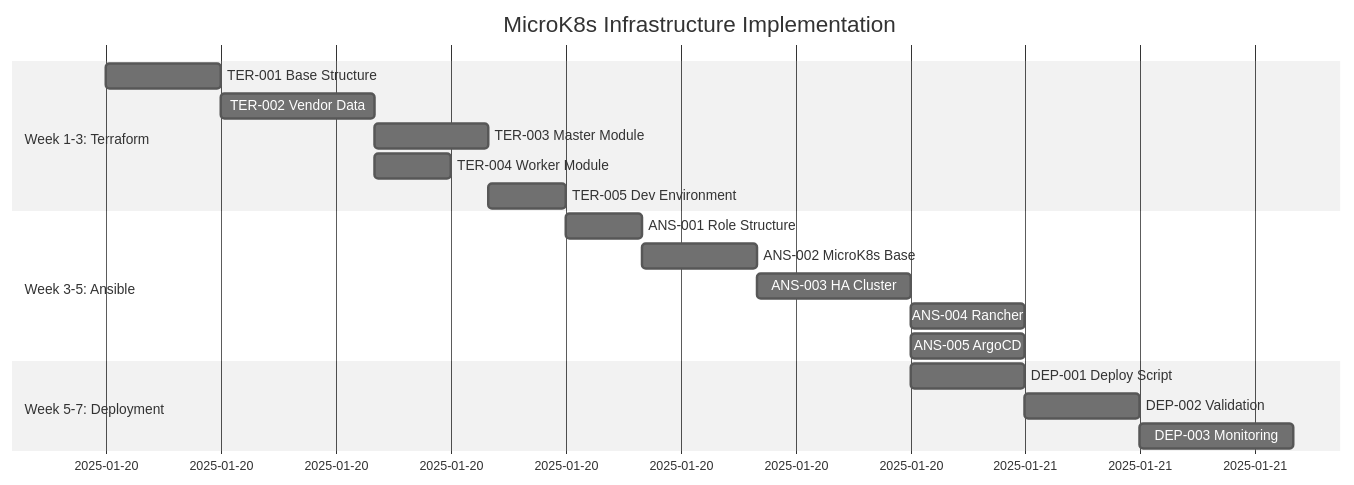
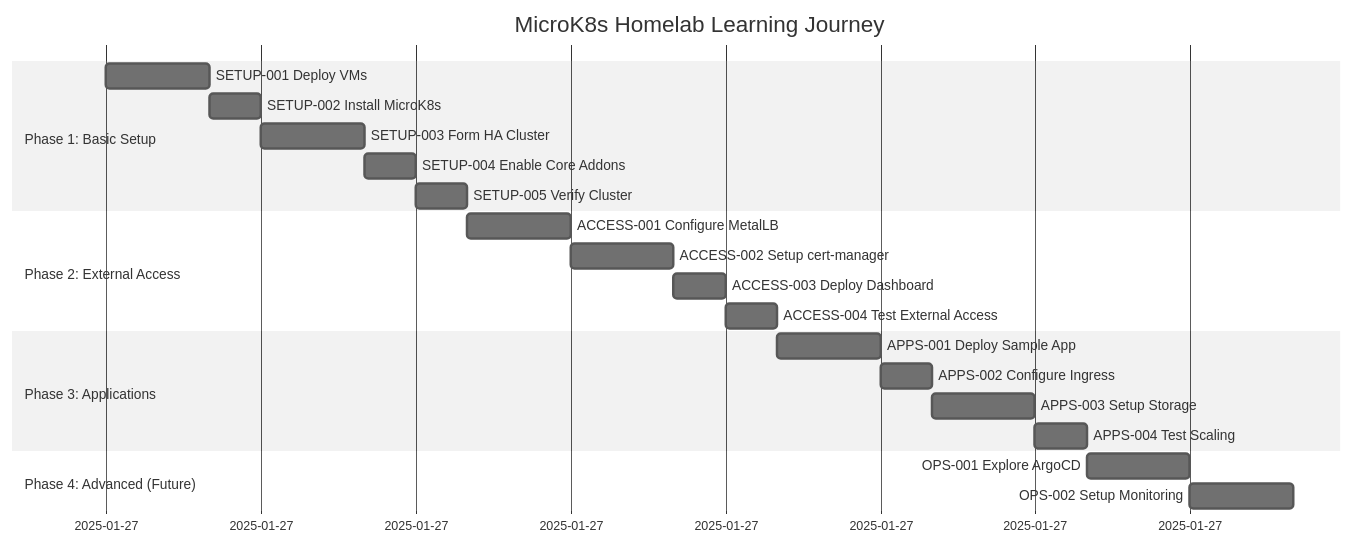
Before and after one commit to basher83/Supernova-MicroK8s-Infra: the second of 2 diagrams in tasks/INDEX.md, drawn with Mermaid (neutral theme). The commit also changed other lines of this file and 7 other files, not shown here.

````diff
--- a/tasks/INDEX.md
+++ b/tasks/INDEX.md
@@ -101,21 +134,24 @@
 ```mermaid
 gantt
-    title MicroK8s Infrastructure Implementation
+    title MicroK8s Homelab Learning Journey
     dateFormat YYYY-MM-DD
-    section Week 1-3: Terraform
-    TER-001 Base Structure       :t1, 2025-01-20, 3h
-    TER-002 Vendor Data          :t2, after t1, 4h
-    TER-003 Master Module        :t3, after t2, 3h
-    TER-004 Worker Module        :t4, after t2, 2h
-    TER-005 Dev Environment      :t5, after t3, 2h
-    section Week 3-5: Ansible
-    ANS-001 Role Structure       :a1, after t5, 2h
-    ANS-002 MicroK8s Base        :a2, after a1, 3h
-    ANS-003 HA Cluster           :a3, after a2, 4h
-    ANS-004 Rancher              :a4, after a3, 3h
-    ANS-005 ArgoCD               :a5, after a3, 3h
-    section Week 5-7: Deployment
-    DEP-001 Deploy Script        :d1, after a3, 3h
-    DEP-002 Validation           :d2, after d1, 3h
-    DEP-003 Monitoring           :d3, after d2, 4h
+    section Phase 1: Basic Setup
+    SETUP-001 Deploy VMs :s1, 2025-01-27, 2h
+    SETUP-002 Install MicroK8s :s2, after s1, 1h
+    SETUP-003 Form HA Cluster :s3, after s2, 2h
+    SETUP-004 Enable Core Addons :s4, after s3, 1h
+    SETUP-005 Verify Cluster :s5, after s4, 1h
+    section Phase 2: External Access
+    ACCESS-001 Configure MetalLB :a1, after s5, 2h
+    ACCESS-002 Setup cert-manager :a2, after a1, 2h
+    ACCESS-003 Deploy Dashboard :a3, after a2, 1h
+    ACCESS-004 Test External Access :a4, after a3, 1h
+    section Phase 3: Applications
+    APPS-001 Deploy Sample App :p1, after a4, 2h
+    APPS-002 Configure Ingress :p2, after p1, 1h
+    APPS-003 Setup Storage :p3, after p2, 2h
+    APPS-004 Test Scaling :p4, after p3, 1h
+    section Phase 4: Advanced (Future)
+    OPS-001 Explore ArgoCD :o1, after p4, 2h
+    OPS-002 Setup Monitoring :o2, after o1, 2h
 ```
````
